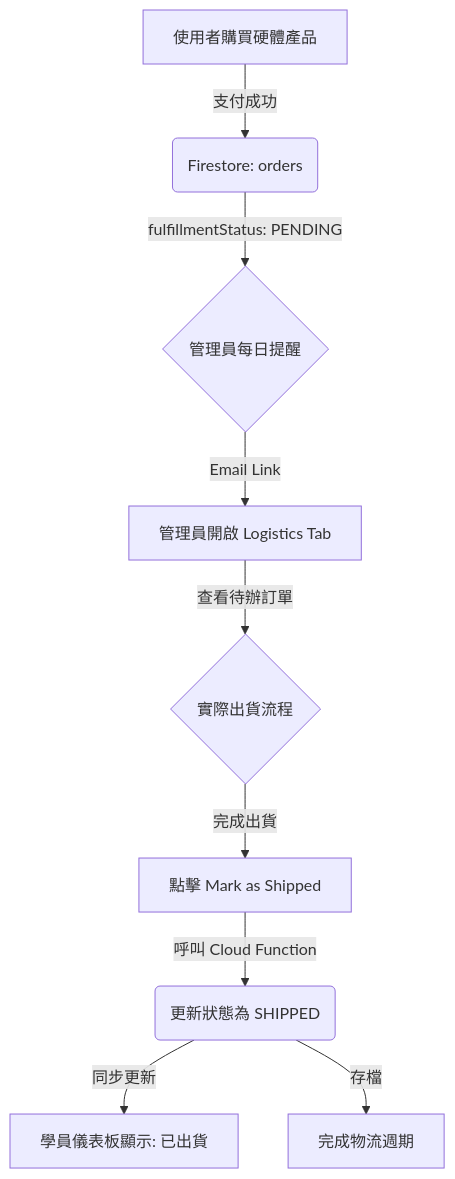
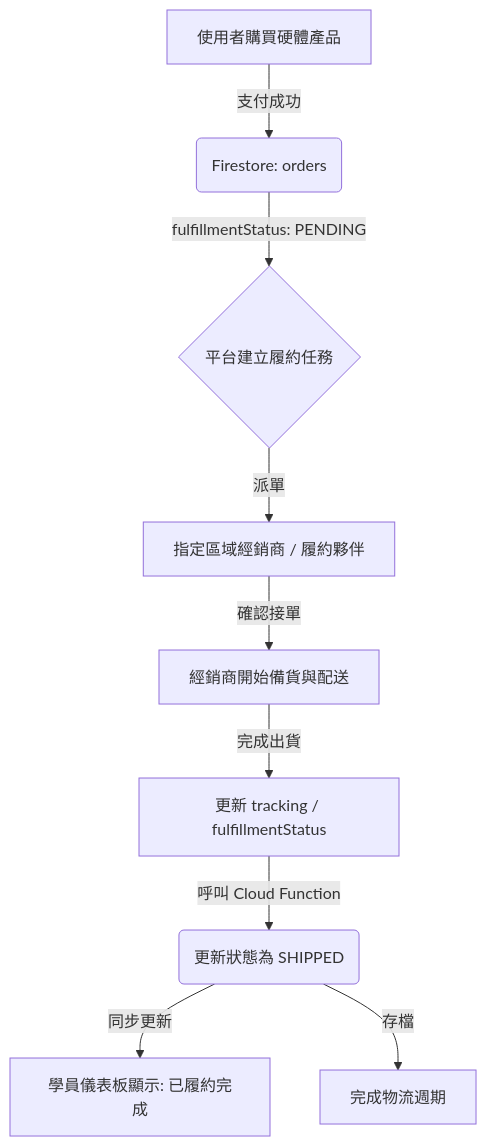
Before and after one commit to vibe-coding-tw/e-learning: the diagram in docs/logistics-mvp.md, drawn with Mermaid. The commit also changed other lines of this file and 27 other files, not shown here.

````diff
--- a/docs/logistics-mvp.md
+++ b/docs/logistics-mvp.md
@@ -8,11 +8,11 @@
 ```mermaid
 graph TD
     A[使用者購買硬體產品] -->|支付成功| B(Firestore: orders)
-    B -->|fulfillmentStatus: PENDING| C{管理員每日提醒}
-    C -->|Email Link| D[管理員開啟 Logistics Tab]
-    D -->|查看待辦訂單| E{實際出貨流程}
-    E -->|完成出貨| F[點擊 Mark as Shipped]
+    B -->|fulfillmentStatus: PENDING| C{平台建立履約任務}
+    C -->|派單| D[指定區域經銷商 / 履約夥伴]
+    D -->|確認接單| E[經銷商開始備貨與配送]
+    E -->|完成出貨| F[更新 tracking / fulfillmentStatus]
     F -->|呼叫 Cloud Function| G(更新狀態為 SHIPPED)
-    G -->|同步更新| H[學員儀表板顯示: 已出貨]
+    G -->|同步更新| H[學員儀表板顯示: 已履約完成]
     G -->|存檔| I[完成物流週期]
 ```
````
